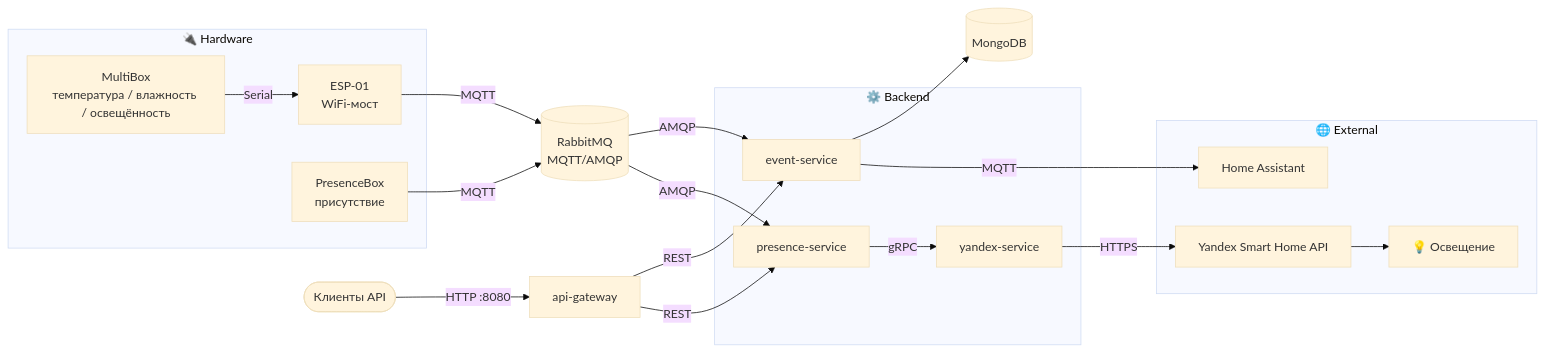
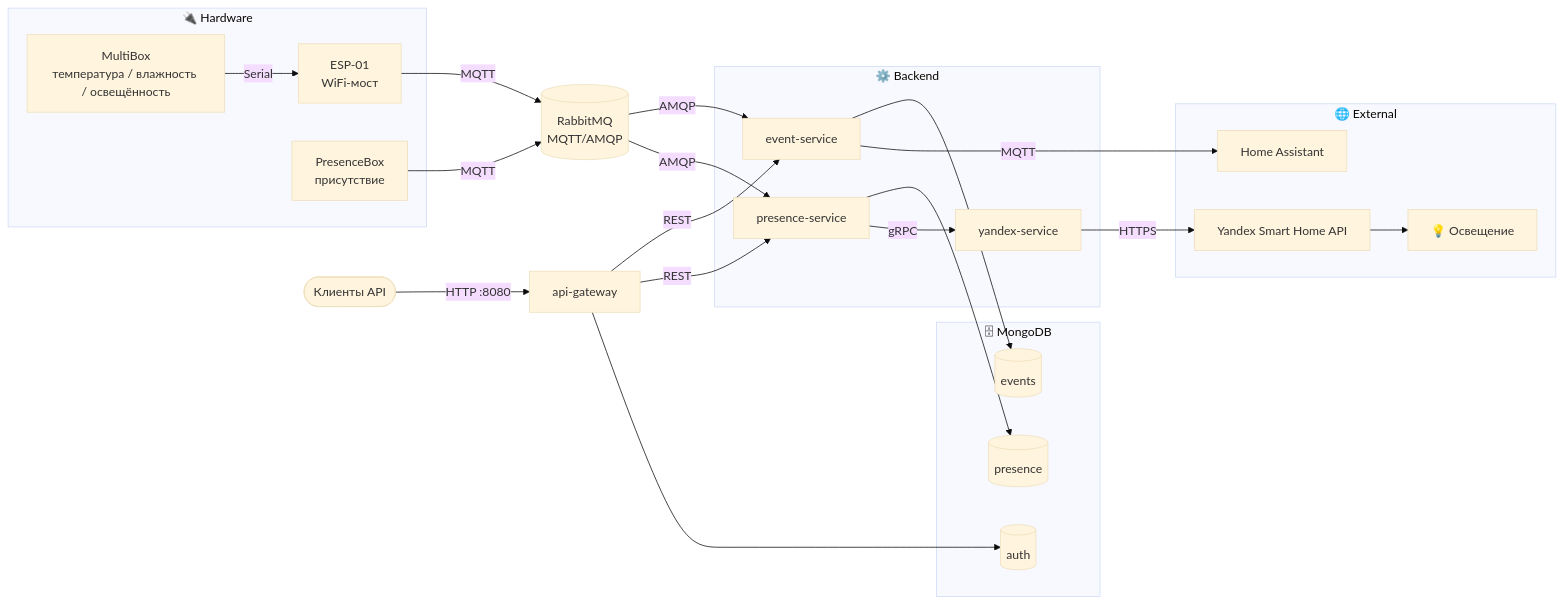
One commit to JohnnyNovac/home-sweet-home changed the diagram in README.md. Above: the diagram before and after it, drawn with Mermaid (base theme). The commit also changed 4 other files, not shown here.

Commit message:
Updated docs and diagram for the per-service MongoDB databases, synced English versions

````diff
--- a/README.md
+++ b/README.md
@@ -11,39 +11,45 @@
 ```mermaid
 flowchart LR
     subgraph Hardware["🔌 Hardware"]
         MB[MultiBox<br/>температура / влажность / освещённость]
         ESP[ESP-01<br/>WiFi-мост]
         PB[PresenceBox<br/>присутствие]
         MB -->|Serial| ESP
     end
 
     BROKER[(RabbitMQ<br/>MQTT/AMQP)]
 
     subgraph Backend["⚙️ Backend"]
         ES[event-service]
         PS[presence-service]
         YS[yandex-service]
     end
 
-    MONGO[(MongoDB)]
+    subgraph Mongo["🗄 MongoDB"]
+        DBE[(events)]
+        DBP[(presence)]
+        DBA[(auth)]
+    end
 
     subgraph External["🌐 External"]
         HA[Home Assistant]
         YAPI[Yandex Smart Home API]
         LIGHTNING[💡 Освещение]
     end
 
     ESP -->|MQTT| BROKER
     PB -->|MQTT| BROKER
     BROKER -->|AMQP| ES
     BROKER -->|AMQP| PS
-    ES --> MONGO
+    ES --> DBE
+    PS --> DBP
     ES -->|MQTT| HA
     PS -->|gRPC| YS
     YS -->|HTTPS| YAPI
     YAPI --> LIGHTNING
 
     CLIENT([Клиенты API]) -->|HTTP :8080| GW[api-gateway]
     GW -->|REST| ES
     GW -->|REST| PS
+    GW --> DBA
 ```
````
